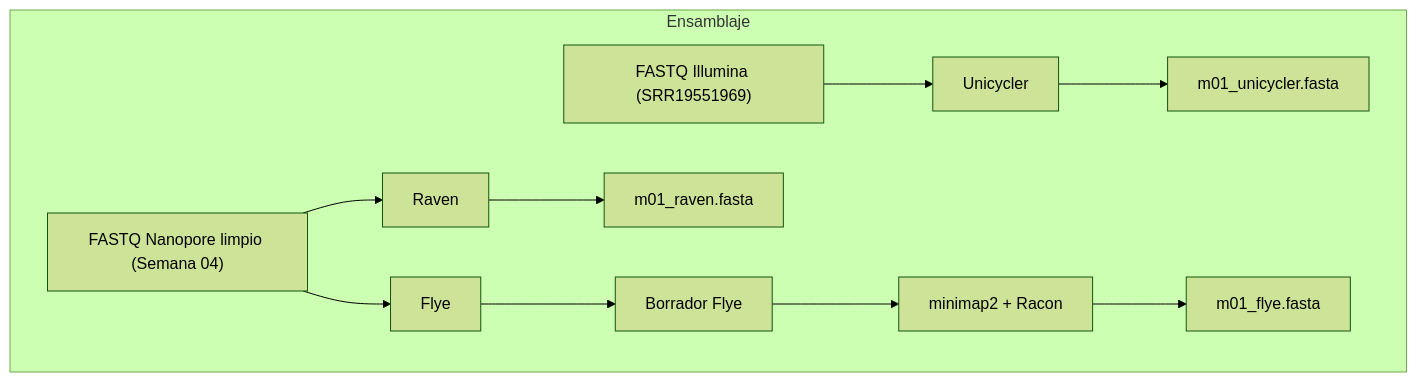
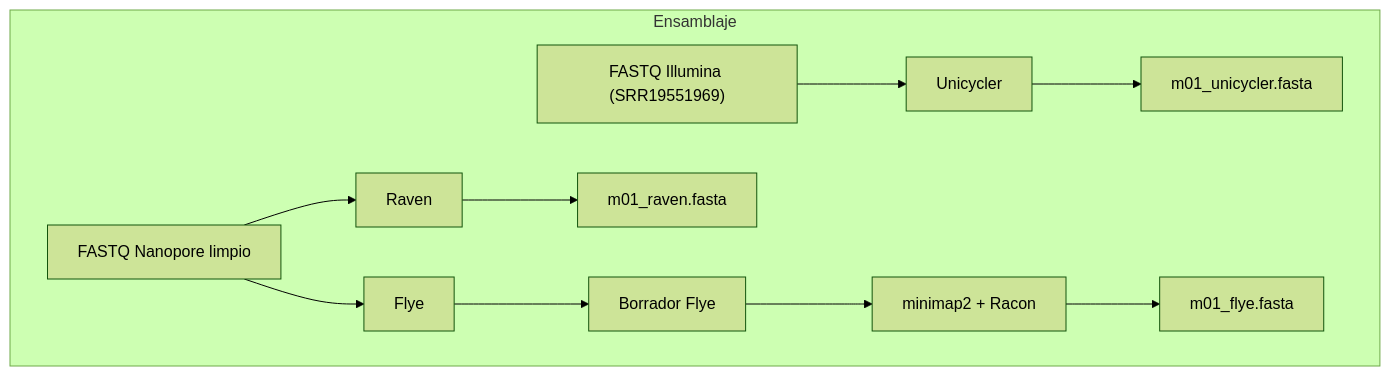
Before and after one commit to miRNA67/1ABL0055_202620_S05: the first of 2 diagrams in README.md, drawn with Mermaid (forest theme). The commit also changed other lines of this file, not shown here.

````diff
--- a/README.md
+++ b/README.md
@@ -24,14 +24,14 @@
 ```mermaid
 flowchart LR
     subgraph ASM["Ensamblaje"]
         direction LR
         I1["FASTQ Illumina (SRR19551969)"] --> I2["Unicycler"]
         I2 --> I3["m01_unicycler.fasta"]
-        N1["FASTQ Nanopore limpio (Semana 04)"] --> N2["Raven"]
+        N1["FASTQ Nanopore limpio"] --> N2["Raven"]
         N2 --> N3["m01_raven.fasta"]
         N1 --> N4["Flye"]
         N4 --> N5["Borrador Flye"]
         N5 --> N6["minimap2 + Racon"]
         N6 --> N7["m01_flye.fasta"]
     end
 ```
````
